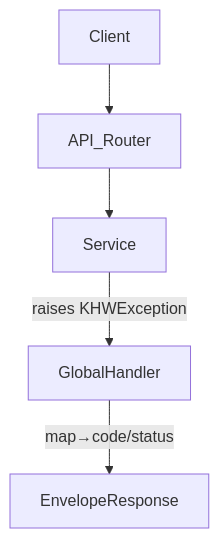
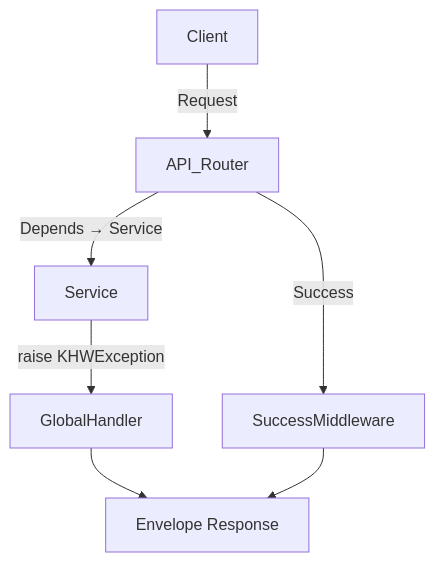
One commit to HauaM/k-helpdesk-wiki changed the diagram in docs/20251216_API_Common_Response.md. Above: the diagram before and after it, drawn with Mermaid. The commit also changed other lines of this file and 2 other files, not shown here.

````diff
--- a/docs/20251216_API_Common_Response.md
+++ b/docs/20251216_API_Common_Response.md
@@ -22,7 +21,9 @@
 ```mermaid
 flowchart TD
-    Client --> API_Router
-    API_Router --> Service
-    Service -->|raises KHWException| GlobalHandler
-    GlobalHandler -->|map→code/status| EnvelopeResponse
+    Client -->|Request| API_Router
+    API_Router -->|Depends → Service| Service
+    Service -->|raise KHWException| GlobalHandler
+    GlobalHandler --> Envelope[Envelope Response]
+    API_Router -->|Success| SuccessMiddleware
+    SuccessMiddleware --> Envelope
 ```
````
